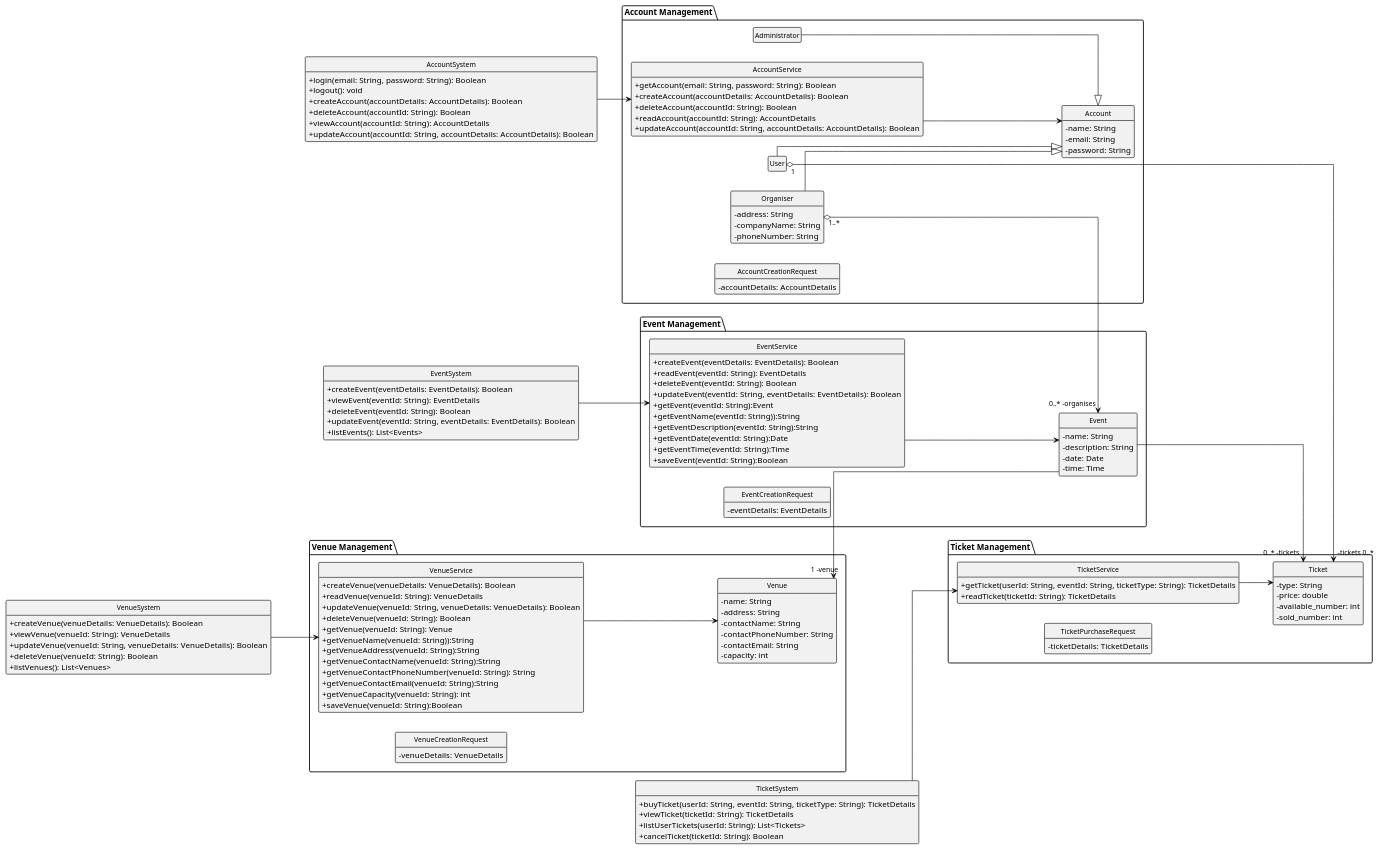
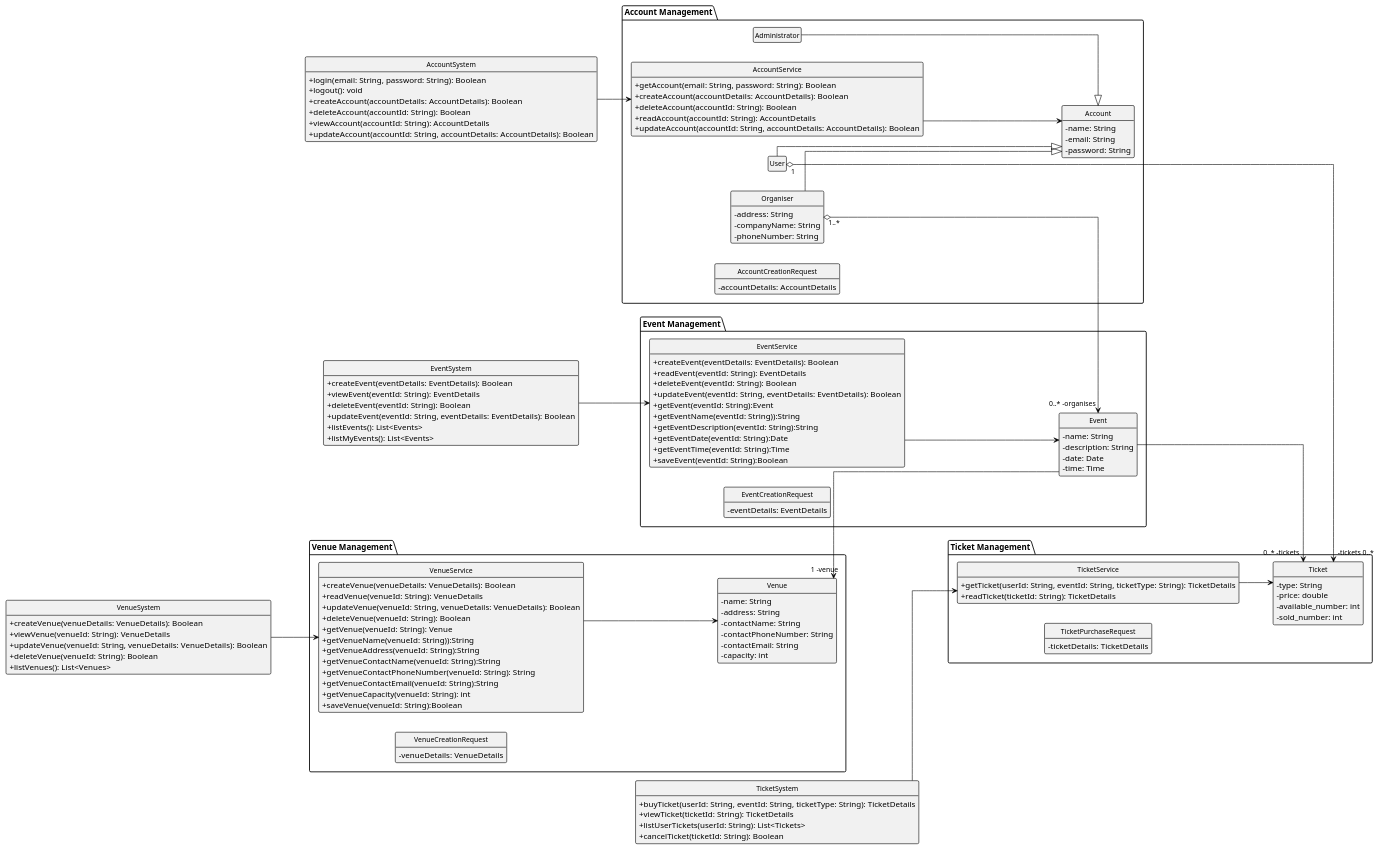
One commit to MolimoWang/EventManagementSystem changed the diagram in 02-analysis/class-diagram/classDiagram.plantuml. Above: the diagram before and after it, drawn with PlantUML.

Commit message:
update class diagram about event

```diff
--- a/02-analysis/class-diagram/classDiagram.plantuml
+++ b/02-analysis/class-diagram/classDiagram.plantuml
@@ -1,189 +1,190 @@
 @startuml
 left to right direction
 skinparam monochrome true
 skinparam backgroundColor white
 skinparam shadowing false
 skinparam linetype ortho
 skinparam lineThickness 3   ' Thickness of line
 skinparam noteMargin 30     ' Margins for comments
 skinparam ranksep 100        ' Control vertical spacing
 skinparam nodesep 200        ' Control horizontal spacing
 skinparam classFontSize 12
 skinparam ArrowFontSize 12
 skinparam classBorderThickness 1
 skinparam classAttributeIconSize 0
 
 hide class circle
 hide empty members
 hide stereotypes
 
 skinparam class {
     BorderColor black
     ArrowColor black
     FontColor black
     FontName Arial
     FontSize 12
 }
 
 ' Account Management Group
 package "Account Management" {
     class Account {
         - name: String
         - email: String
         - password: String
     }
     class Administrator {
     }
     class Organiser {
         - address: String
         - companyName: String
         - phoneNumber: String
     }
     class User {
     }
 
     class AccountService {
         +getAccount(email: String, password: String): Boolean
         +createAccount(accountDetails: AccountDetails): Boolean
         +deleteAccount(accountId: String): Boolean
         +readAccount(accountId: String): AccountDetails
         +updateAccount(accountId: String, accountDetails: AccountDetails): Boolean
 
     }
 
     class AccountCreationRequest {
         - accountDetails: AccountDetails
     }
 
     Administrator --|> Account
     Organiser --|> Account
     User --|> Account
     AccountService --> Account
 }
 
 ' Venue Management Group
 package "Venue Management" {
     class Venue {
         - name: String
         - address: String
         - contactName: String
         - contactPhoneNumber: String
         - contactEmail: String
         - capacity: int
     }
 
     class VenueService {
         +createVenue(venueDetails: VenueDetails): Boolean
         +readVenue(venueId: String): VenueDetails
         +updateVenue(venueId: String, venueDetails: VenueDetails): Boolean
         +deleteVenue(venueId: String): Boolean
         +getVenue(venueId: String): Venue
         +getVenueName(venueId: String)):String
         +getVenueAddress(venueId: String):String
         +getVenueContactName(venueId: String):String
         +getVenueContactPhoneNumber(venueId: String): String
         +getVenueContactEmail(venueId: String):String
         +getVenueCapacity(venueId: String): int
         +saveVenue(venueId: String):Boolean
     }
 
     class VenueCreationRequest {
         - venueDetails: VenueDetails
     }
 
     VenueService --> Venue
 }
 
 ' Event Management Group
 package "Event Management" {
     class Event {
         - name: String
         - description: String
         - date: Date
         - time: Time
     }
 
     class EventService {
         +createEvent(eventDetails: EventDetails): Boolean
         +readEvent(eventId: String): EventDetails
         +deleteEvent(eventId: String): Boolean
         +updateEvent(eventId: String, eventDetails: EventDetails): Boolean
         +getEvent(eventId: String):Event
         +getEventName(eventId: String)):String
         +getEventDescription(eventId: String):String
         +getEventDate(eventId: String):Date
         +getEventTime(eventId: String):Time
         +saveEvent(eventId: String):Boolean
     }
 
     class EventCreationRequest {
         - eventDetails: EventDetails
     }
 
     Venue "1 -venue" <-- Event
     EventService --> Event
 }
 
 ' Ticket Management Group
 package "Ticket Management" {
     class Ticket {
         - type: String
         - price: double
         - available_number: int
         - sold_number: int
     }
 
     class TicketService {
         +getTicket(userId: String, eventId: String, ticketType: String): TicketDetails
         +readTicket(ticketId: String): TicketDetails
     }
 
     class TicketPurchaseRequest {
         - ticketDetails: TicketDetails
     }
 
     Event --> "0..* -tickets" Ticket
     TicketService --> Ticket
 }
 
 ' System classes for each module
 class AccountSystem {
     +login(email: String, password: String): Boolean
     +logout(): void
     +createAccount(accountDetails: AccountDetails): Boolean
     +deleteAccount(accountId: String): Boolean
     +viewAccount(accountId: String): AccountDetails
     +updateAccount(accountId: String, accountDetails: AccountDetails): Boolean
 }
 AccountSystem --> AccountService
 
 class VenueSystem {
     +createVenue(venueDetails: VenueDetails): Boolean
     +viewVenue(venueId: String): VenueDetails
     +updateVenue(venueId: String, venueDetails: VenueDetails): Boolean
     +deleteVenue(venueId: String): Boolean
     +listVenues(): List<Venues>
 }
 VenueSystem --> VenueService
 
 class EventSystem {
     +createEvent(eventDetails: EventDetails): Boolean
     +viewEvent(eventId: String): EventDetails
     +deleteEvent(eventId: String): Boolean
     +updateEvent(eventId: String, eventDetails: EventDetails): Boolean
     +listEvents(): List<Events>
+    +listMyEvents(): List<Events>
 }
 EventSystem --> EventService
 
 class TicketSystem {
     +buyTicket(userId: String, eventId: String, ticketType: String): TicketDetails
     +viewTicket(ticketId: String): TicketDetails
     +listUserTickets(userId: String): List<Tickets>
     +cancelTicket(ticketId: String): Boolean
 }
 TicketSystem --> TicketService
 
 Organiser "1..*" o--> "0..* -organises" Event
 User "1" o--> "-tickets 0..*" Ticket
 
 @enduml
```
